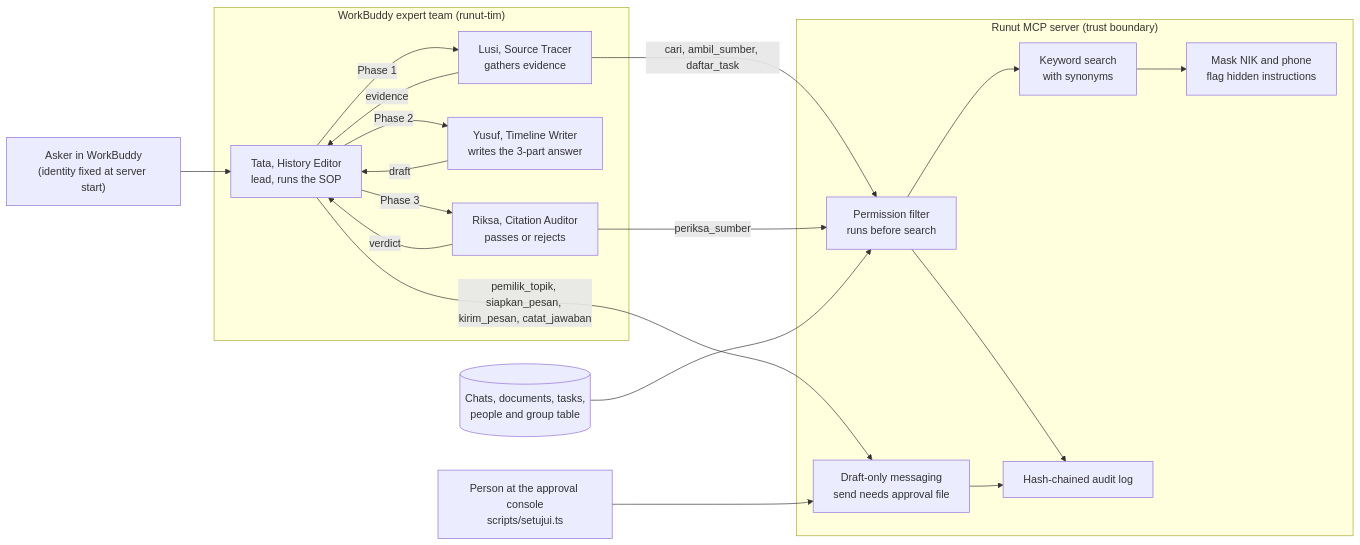
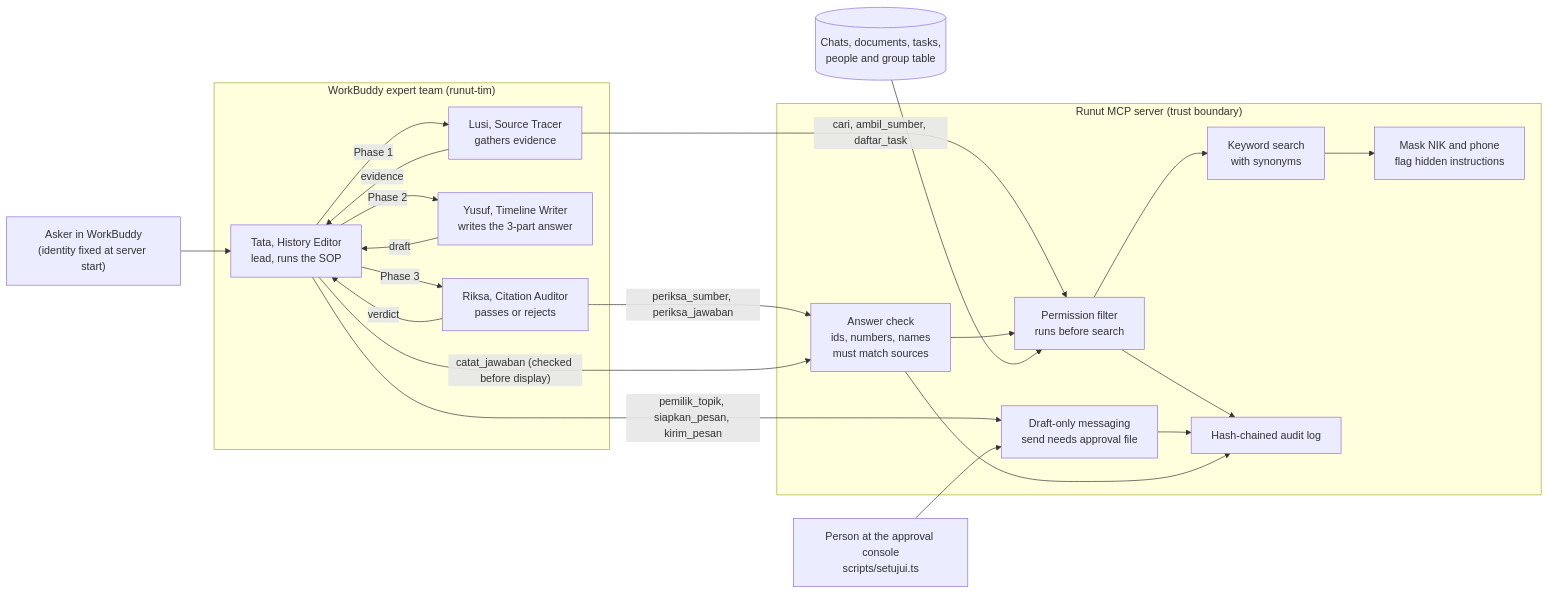
The diagram in docs/arsitektur.md (fajaraji/runut-tencent), drawn with Mermaid before and after one commit. The commit also changed other lines of this file and 15 other files, not shown here.

````diff
--- a/docs/arsitektur.md
+++ b/docs/arsitektur.md
@@ -5,35 +5,39 @@
 ```mermaid
 flowchart LR
   U["Asker in WorkBuddy<br/>(identity fixed at server start)"] --> L
 
   subgraph WB["WorkBuddy expert team (runut-tim)"]
     L["Tata, History Editor<br/>lead, runs the SOP"]
     P["Lusi, Source Tracer<br/>gathers evidence"]
     Y["Yusuf, Timeline Writer<br/>writes the 3-part answer"]
     R["Riksa, Citation Auditor<br/>passes or rejects"]
     L -- "Phase 1" --> P
     P -- "evidence" --> L
     L -- "Phase 2" --> Y
     Y -- "draft" --> L
     L -- "Phase 3" --> R
     R -- "verdict" --> L
   end
 
   subgraph MCP["Runut MCP server (trust boundary)"]
     F["Permission filter<br/>runs before search"]
     S["Keyword search<br/>with synonyms"]
     M["Mask NIK and phone<br/>flag hidden instructions"]
     G["Draft-only messaging<br/>send needs approval file"]
+    J["Answer check<br/>ids, numbers, names<br/>must match sources"]
     A["Hash-chained audit log"]
   end
 
   P -- "cari, ambil_sumber, daftar_task" --> F
-  R -- "periksa_sumber" --> F
-  L -- "pemilik_topik, siapkan_pesan, kirim_pesan, catat_jawaban" --> G
+  R -- "periksa_sumber, periksa_jawaban" --> J
+  L -- "catat_jawaban (checked before display)" --> J
+  L -- "pemilik_topik, siapkan_pesan, kirim_pesan" --> G
+  J --> F
   F --> S --> M
   F --> A
   G --> A
+  J --> A
 
   D[("Chats, documents, tasks,<br/>people and group table")] --> F
   H["Person at the approval console<br/>scripts/setujui.ts"] --> G
 ```
````
